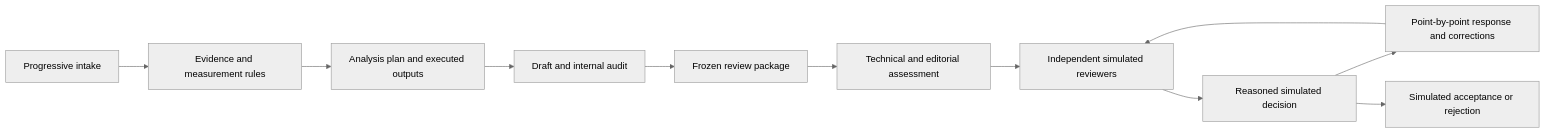
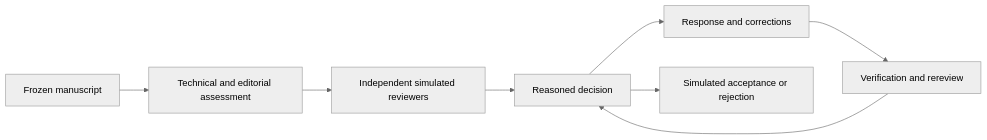
Before and after one commit to vage88sg1/agentic-research-workflows: the diagram in README.md, drawn with Mermaid (neutral theme). The commit also changed other lines of this file, not shown here.

````diff
--- a/README.md
+++ b/README.md
@@ -67,13 +145,10 @@
 ```mermaid
 flowchart LR
-  A[Progressive intake] --> B[Evidence and measurement rules]
-  B --> C[Analysis plan and executed outputs]
-  C --> D[Draft and internal audit]
-  D --> E[Frozen review package]
-  E --> F[Technical and editorial assessment]
-  F --> G[Independent simulated reviewers]
-  G --> H[Reasoned simulated decision]
-  H --> I[Point-by-point response and corrections]
-  I --> G
-  H --> J[Simulated acceptance or rejection]
+  A[Frozen manuscript] --> B[Technical and editorial assessment]
+  B --> C[Independent simulated reviewers]
+  C --> D[Reasoned decision]
+  D --> E[Response and corrections]
+  E --> F[Verification and rereview]
+  F --> D
+  D --> G[Simulated acceptance or rejection]
 ```
````
